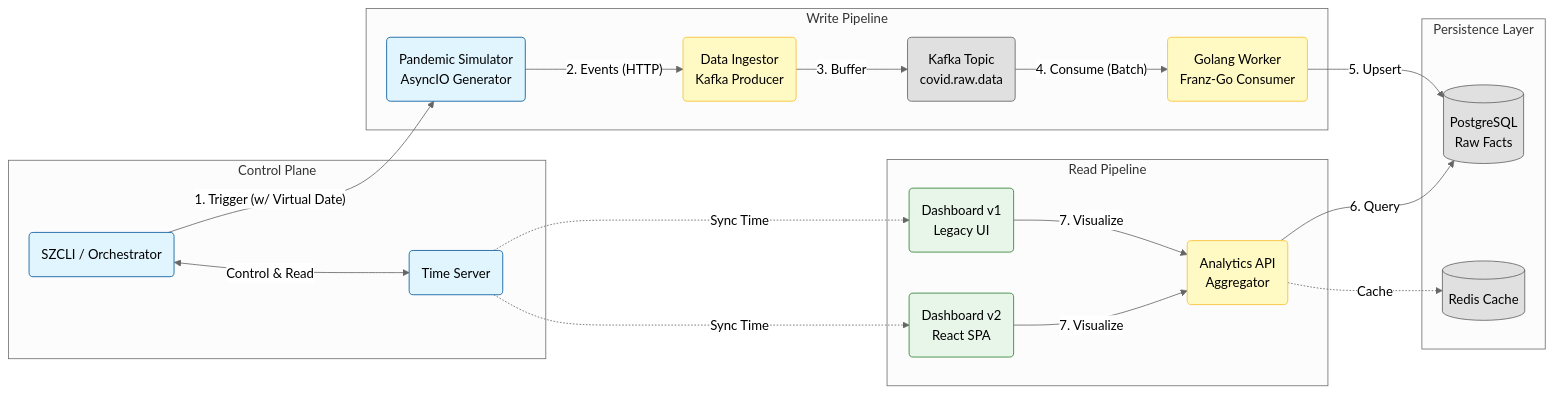
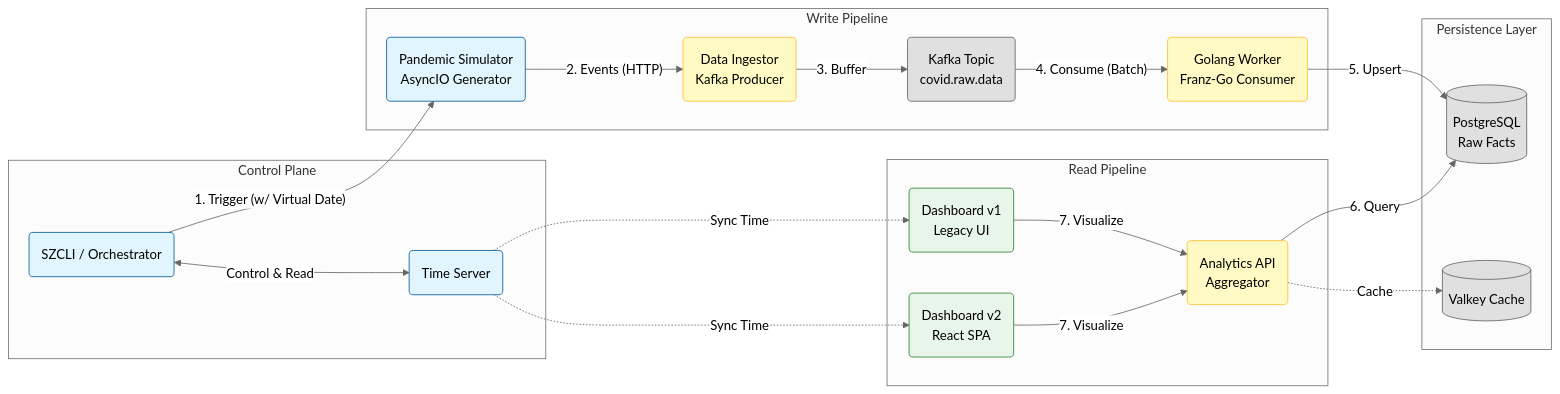
Before and after one commit to SafeChord/Docs: the diagram in docs/safechord.safezone.md, drawn with Mermaid (neutral theme). The commit also changed other lines of this file and 4 other files, not shown here.

First line of the commit message:
docs(align): name the state and cache store Valkey

````diff
--- a/docs/safechord.safezone.md
+++ b/docs/safechord.safezone.md
@@ -20,50 +20,50 @@
 ```mermaid
 graph LR
     %% Styles
     classDef source fill:#e1f5fe,stroke:#01579b;
     classDef process fill:#fff9c4,stroke:#fbc02d;
     classDef storage fill:#e0e0e0,stroke:#616161;
     classDef view fill:#e8f5e9,stroke:#2e7d32;
 
     %% Control Plane
     subgraph Trigger [Control Plane]
         CLI(SZCLI / Orchestrator):::source
         Time(Time Server):::source
     end
 
     %% Write Path
     subgraph WritePath [Write Pipeline]
         Sim(Pandemic Simulator<br/>AsyncIO Generator):::source
         Ingest(Data Ingestor<br/>Kafka Producer):::process
         Kafka(Kafka Topic<br/>covid.raw.data):::storage
         Worker(Golang Worker<br/>Franz-Go Consumer):::process
     end
 
     %% Persistence
     subgraph DataStore [Persistence Layer]
         DB[(PostgreSQL<br/>Raw Facts)]:::storage
-        Redis[(Redis Cache)]:::storage
+        Valkey[(Valkey Cache)]:::storage
     end
 
     %% Read Path
     subgraph ReadPath [Read Pipeline]
         API(Analytics API<br/>Aggregator):::process
         Dash(Dashboard v1<br/>Legacy UI):::view
         DashV2(Dashboard v2<br/>React SPA):::view
     end
 
     %% Interactions
     CLI <-->|"Control & Read"| Time
     CLI -->|"1. Trigger (w/ Virtual Date)"| Sim
     Sim -->|"2. Events (HTTP)"| Ingest
     Ingest -->|"3. Buffer"| Kafka
     Kafka -->|"4. Consume (Batch)"| Worker
     Worker -->|"5. Upsert"| DB
     
     API -->|"6. Query"| DB
-    API -.->|"Cache"| Redis
+    API -.->|"Cache"| Valkey
     Dash -->|"7. Visualize"| API
     DashV2 -->|"7. Visualize"| API
     Time -.->|"Sync Time"| Dash
     Time -.->|"Sync Time"| DashV2
 ```
````
